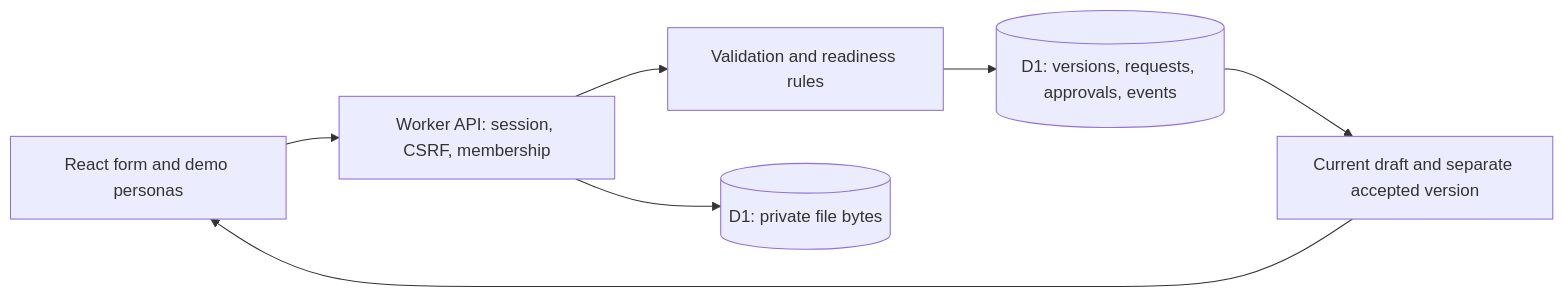
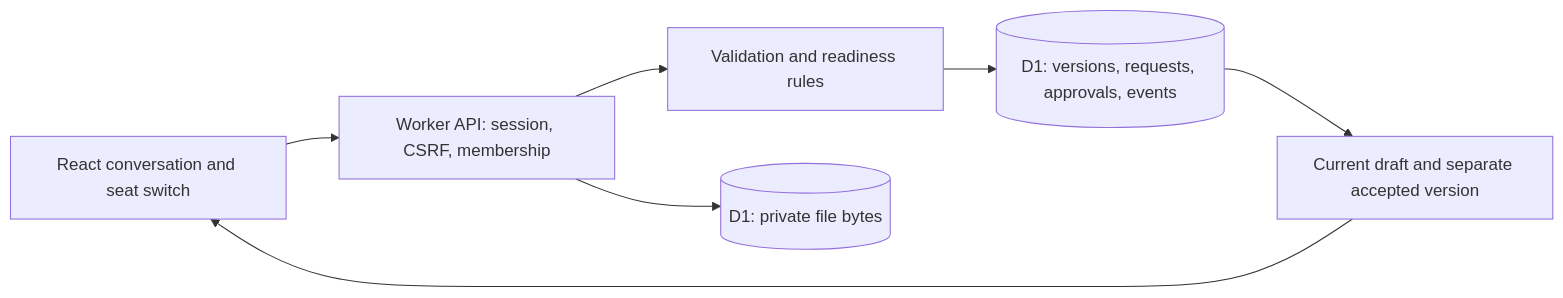
The diagram in README.md (mosalah-77/onboarding-portal), drawn with Mermaid before and after one commit. The commit also changed other lines of this file and 8 other files, not shown here.

````diff
--- a/README.md
+++ b/README.md
@@ -76,9 +76,9 @@
 ```mermaid
 flowchart LR
-  UI[React form and demo personas] --> API[Worker API: session, CSRF, membership]
+  UI[React conversation and seat switch] --> API[Worker API: session, CSRF, membership]
   API --> RULES[Validation and readiness rules]
   RULES --> SQL[(D1: versions, requests, approvals, events)]
   API --> FILES[(D1: private file bytes)]
   SQL --> VIEW[Current draft and separate accepted version]
   VIEW --> UI
 ```
````
